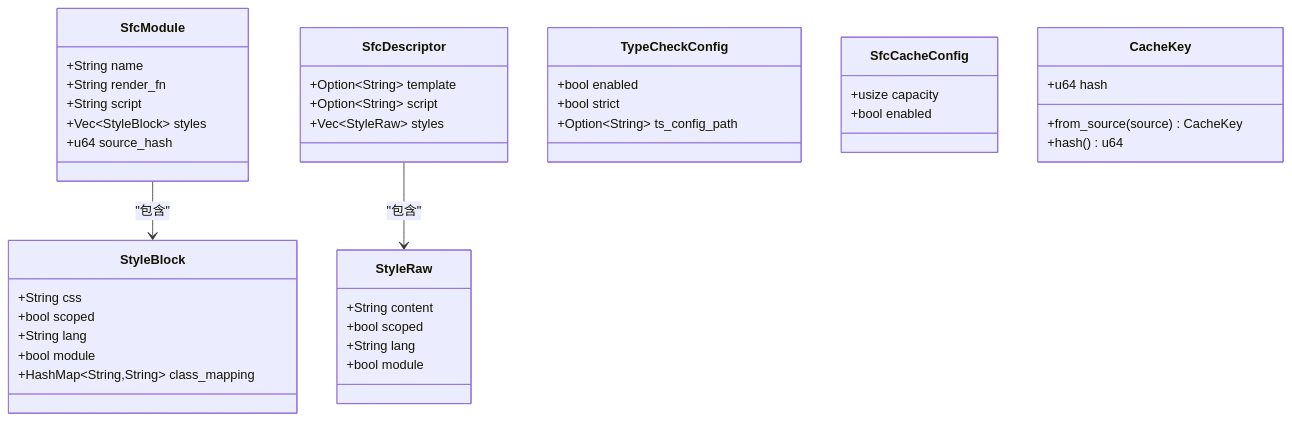
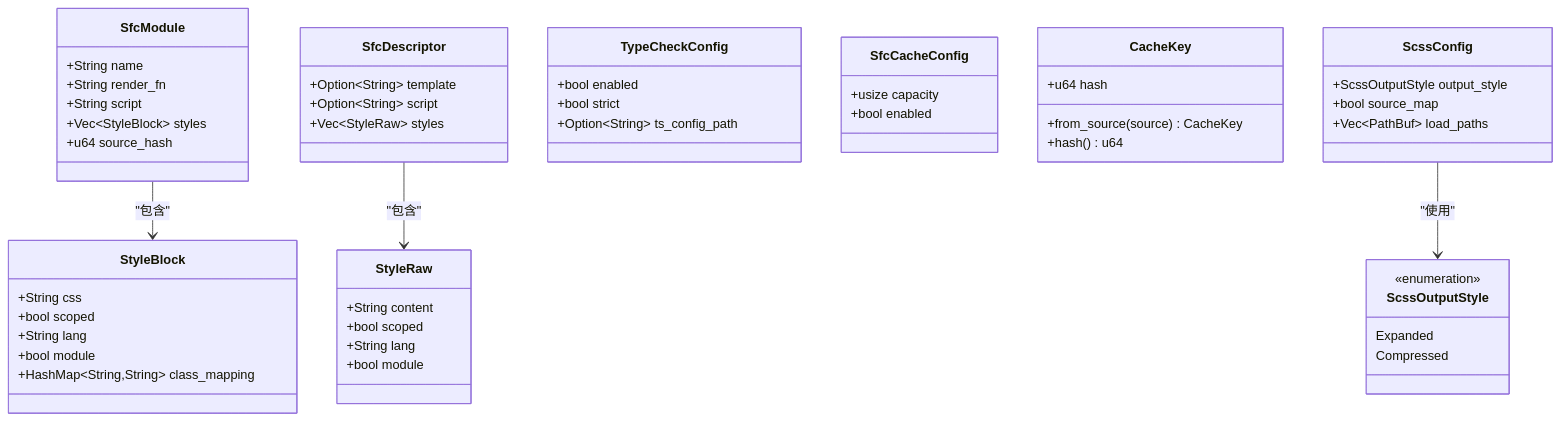
One commit to itszzl-sudo/iris changed the second of 27 diagrams in .qoder/repowiki/zh/content/技术架构详解/即时转译系统/SFC编译器初始化机制/SFC编译器初始化机制.md. Above: the diagram before and after it, drawn with Mermaid. The commit also changed other lines of this file and 10 other files, not shown here.

````diff
--- a/.qoder/repowiki/zh/content/技术架构详解/即时转译系统/SFC编译器初始化机制/SFC编译器初始化机制.md
+++ b/.qoder/repowiki/zh/content/技术架构详解/即时转译系统/SFC编译器初始化机制/SFC编译器初始化机制.md
@@ -119,44 +127,55 @@
 ```mermaid
 classDiagram
 class SfcModule {
 +String name
 +String render_fn
 +String script
 +Vec~StyleBlock~ styles
 +u64 source_hash
 }
 class StyleBlock {
 +String css
 +bool scoped
 +String lang
 +bool module
 +HashMap~String,String~ class_mapping
 }
 class SfcDescriptor {
 +Option~String~ template
 +Option~String~ script
 +Vec~StyleRaw~ styles
 }
 class StyleRaw {
 +String content
 +bool scoped
 +String lang
 +bool module
 }
 class TypeCheckConfig {
 +bool enabled
 +bool strict
 +Option~String~ ts_config_path
 }
 class SfcCacheConfig {
 +usize capacity
 +bool enabled
 }
 class CacheKey {
 +u64 hash
 +from_source(source) CacheKey
 +hash() u64
 }
+class ScssConfig {
++ScssOutputStyle output_style
++bool source_map
++Vec~PathBuf~ load_paths
+}
+class ScssOutputStyle {
+<<enumeration>>
+Expanded
+Compressed
+}
 SfcModule --> StyleBlock : "包含"
 SfcDescriptor --> StyleRaw : "包含"
+ScssConfig --> ScssOutputStyle : "使用"
 ```
````
